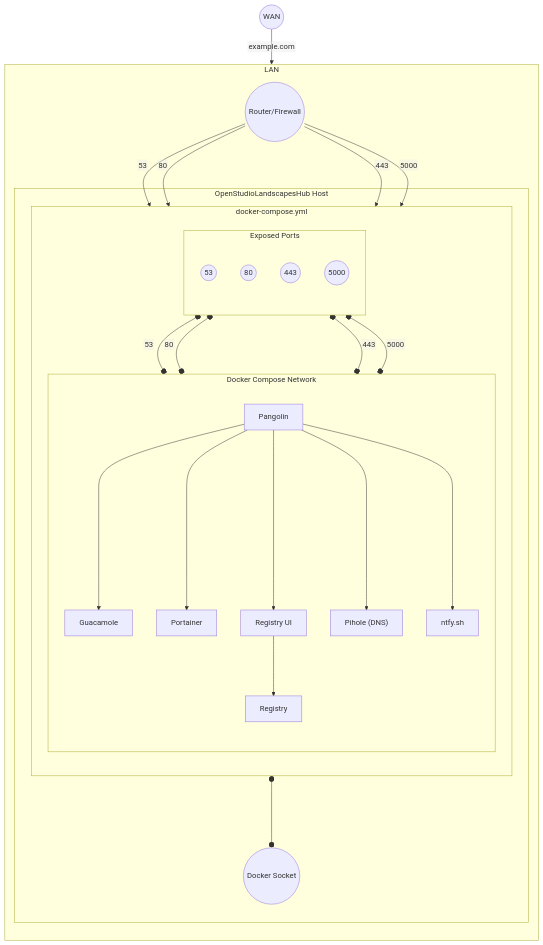
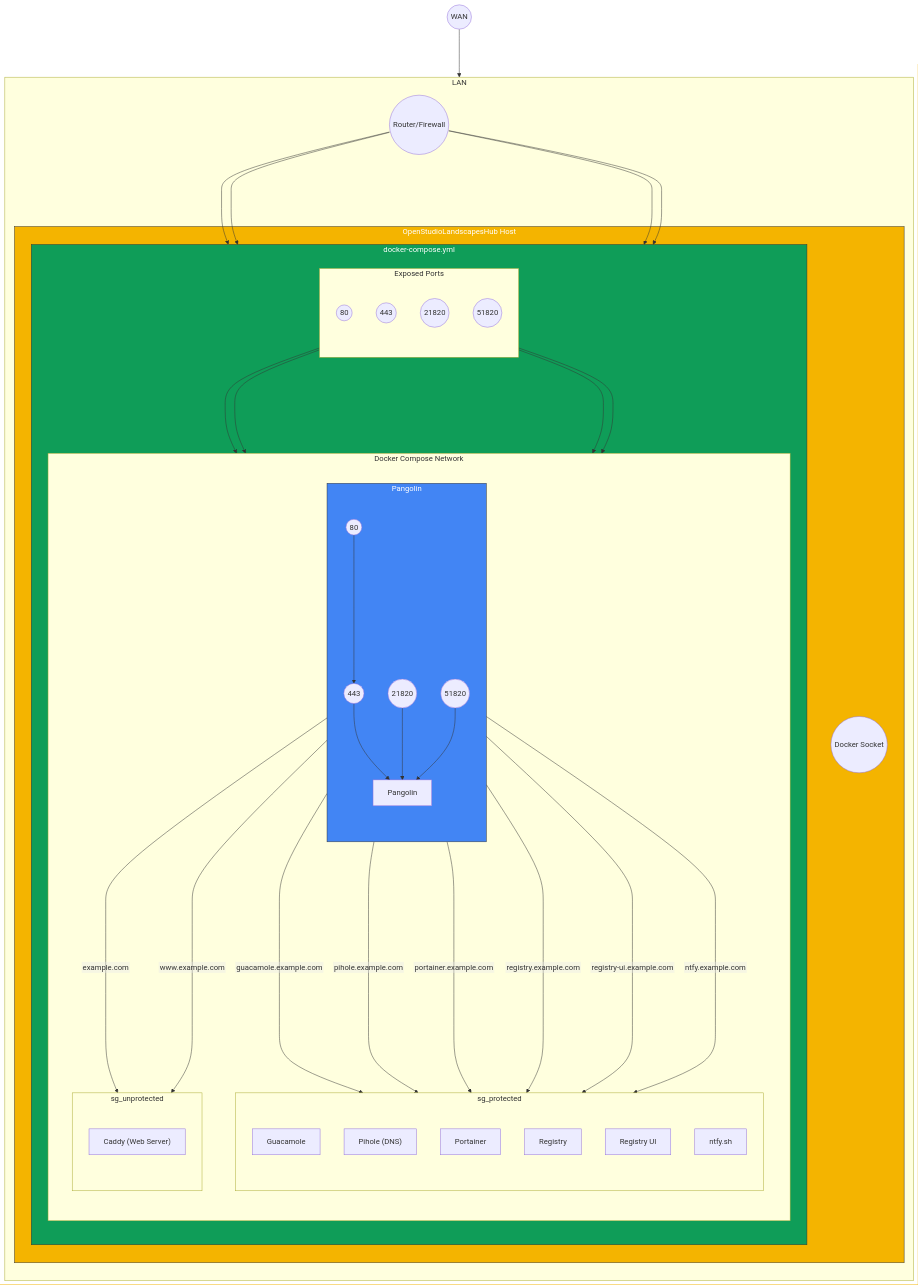
The diagram in README.md (michimussato/OpenStudioLandscapesHub), drawn with Mermaid before and after one commit.

Commit message:
updated topology concept chart

````diff
--- a/README.md
+++ b/README.md
@@ -94,28 +94,61 @@
     subgraph "LAN"
         direction TB
         router(("`Router/Firewall`"))
-        subgraph "OpenStudioLandscapesHub Host" 
+        subgraph sg_host[OpenStudioLandscapesHub Host]
 
-            subgraph "docker-compose.yml" 
+            subgraph sg_compose[docker-compose.yml]
                 direction TB
                 
                 subgraph "Exposed Ports"
                     direction TB
-                    port_53(("53"))
+                    %%port_53(("53"))
                     port_80(("80"))
                     port_443(("443"))
-                    port_5000(("5000"))
+                    %%%port_5000(("5000"))
+                    port_21820(("21820"))
+                    port_51820(("51820"))
                 end
                 
                 subgraph "Docker Compose Network" 
                     direction TB
-                    pangolin["`Pangolin`"]
-                    guacamole["`Guacamole`"]
-                    pihole["`Pihole (DNS)`"]
-                    portainer["`Portainer`"]
-                    registry["`Registry`"]
-                    registry-ui["`Registry UI`"]
-                    ntfy["`ntfy.sh`"]
+                    
+                    subgraph sg_pangolin[Pangolin]
+                        direction TB
+                        
+                        %%subgraph Traefik 
+                        %%    domain["`example.com`"]
+                        %%    www_domain["`www.example.com`"]
+                        %%    pangolin_domain["`pangolin.example.com`"]
+                        %%    guacamole_domain["`guacamole.example.com`"]
+                        %%    pihole_domain["`pihole.example.com`"]
+                        %%    portainer_domain["`portainer.example.com`"]
+                        %%    ntfy_domain["`ntfy.example.com`"]
+                        %%end
+                        %%traefik["`Traefik`"]
+                        %%port_53(("53"))
+                        pangolin_port_80(("80"))
+                        pangolin_port_443(("443"))
+                        %%%port_5000(("5000"))
+                        pangolin_port_21820(("21820"))
+                        pangolin_port_51820(("51820"))
+                        pangolin["`Pangolin`"]
+                        %%gerbil["`Gerbil`"]
+                    end
+                    
+                    subgraph sg_protected
+                        direction TB
+                        guacamole["`Guacamole`"]
+                        pihole["`Pihole (DNS)`"]
+                        portainer["`Portainer`"]
+                        registry["`Registry`"]
+                        registry-ui["`Registry UI`"]
+                        ntfy["`ntfy.sh`"]
+                    end
+                    
+                    subgraph sg_unprotected 
+                        direction TB
+                        caddy["`Caddy (Web Server)`"]
+                    end
                 end
                 
             end
@@ -123,20 +156,90 @@
         end
     end
     
-    wan -- example.com --> router
-    router -- 53 --> port_53
-    router -- 80 --> port_80
-    router -- 443 --> port_443
-    router -- 5000 --> port_5000
-    port_53 o-- 53 --o pihole
-    port_80 o-- 80 --o pangolin
-    port_443 o-- 443 --o pangolin
-    pangolin ----> guacamole
-    pangolin ----> portainer
-    pangolin ----> registry-ui
-    pangolin ----> pihole
-    pangolin ----> ntfy
-    registry-ui --> registry
-    port_5000 o-- 5000 --o registry
-    portainer o---o docker_sock
+    wan ---> router
+    
+    port_80 ---> pangolin_port_80
+    pangolin_port_80 ---> pangolin_port_443
+    port_443 ---> pangolin_port_443
+    port_21820 ---> pangolin_port_21820
+    port_51820 ---> pangolin_port_51820
+    %%port_80 -------> pangolin
+    %%port_443 -------> www_domain
+    %%port_443 -------> guacamole_domain
+    %%port_443 -------> portainer_domain
+    %%port_443 -------> ntfy_domain
+    %%port_443 -------> pihole_domain
+    %%domain ---> www_domain
+    %%pangolin -------> www_domain
+    %%port_443 -------> pangolin_domain
+    %%pangolin -------> caddy
+    %%pangolin ------> pangolin_domain
+    %%pangolin ------> guacamole_domain
+    %%pangolin ------> portainer_domain
+    %%pangolin ------> ntfy_domain
+    %%pangolin ------> pihole_domain
+    
+    %%port_21820 ---> pangolin
+    %%port_51820 ---> pangolin
+    
+    router ---> port_80
+    router ---> port_443
+    router ---> port_21820
+    router ---> port_51820
+    
+    %%port_80 --> port_443
+    
+    pangolin_port_443 --> pangolin
+    pangolin_port_21820 --> pangolin
+    pangolin_port_51820 --> pangolin
+    
+    pangolin -- guacamole.example.com -----> guacamole
+    %%port_80 ---> port_443
+    %%pangolin ------> port_443
+    pangolin -- pihole.example.com -----> pihole
+    pangolin -- portainer.example.com -----> portainer
+    pangolin -- registry.example.com -----> registry
+    pangolin -- registry-ui.example.com -----> registry-ui
+    pangolin -- ntfy.example.com -----> ntfy
+    pangolin -- example.com -----> caddy
+    pangolin -- www.example.com -----> caddy
+    
+    %%port_443 --> example_com_internal
+    %%port_443 --> www_example_com_internal
+    %%example_com_internal --> www_example_com_internal
+    
+    %%pangolin --> www
+    %%www --> caddy
+    %%pangolin 
+    
+    %%wan -- example.com --> router
+    %%pangolin -- example.com ----> caddy
+    %%%%router -- 53 --> port_53
+    %%router -- 80 --> port_80
+    %%router -- 443 --> port_443
+    %%%%router -- 5000 --> port_5000
+    %%router -- 21820 --> port_21820
+    %%router -- 51820 --> port_51820
+    %%port_53 o-- 53 --o pihole
+    %%port_80 o-- 80 --o pangolin
+    %%port_443 o-- 443 --o pangolin
+    %%port_21820 o-- 21820 --o pangolin
+    %%port_51820 o-- 51820 --o pangolin
+    %%pangolin ----> guacamole
+    %%pangolin ----> portainer
+    %%pangolin ----> registry-ui
+    %%pangolin ----> pihole
+    %%pangolin ----> ntfy
+    %%registry-ui --> registry
+    %%port_5000 o-- 5000 --o registry
+    %%portainer o---o docker_sock
+    
+    classDef blue fill:#4285f4,color:#fff,stroke:#333;
+    classDef red fill:#db4437,color:#fff,stroke:#333;
+    classDef yellow fill:#f4b400,color:#fff,stroke:#333;
+    classDef green fill:#0f9d58,color:#fff,stroke:#333;
+    class sg_pangolin blue
+    class sg_compose green
+    %%class Network red
+    class sg_host yellow
 ```
````
